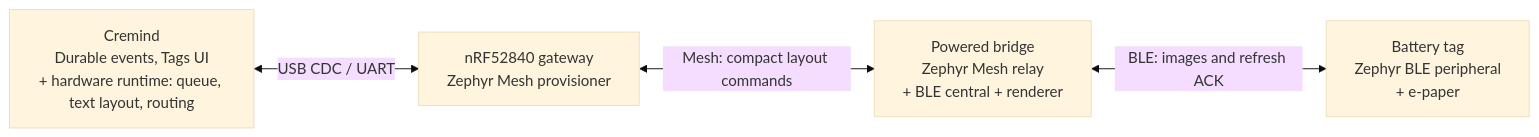
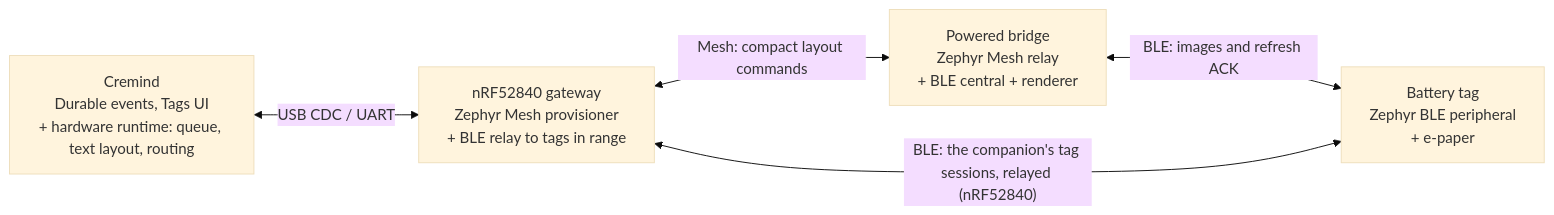
One commit to cremind-ai/cremind-tag changed the diagram in docs/architecture.md. Above: the diagram before and after it, drawn with Mermaid (base theme). The commit also changed other lines of this file and 46 other files, not shown here.

````diff
--- a/docs/architecture.md
+++ b/docs/architecture.md
@@ -3,11 +3,12 @@
 ```mermaid
 flowchart LR
     C["Cremind<br/>Durable events, Tags UI<br/>+ hardware runtime: queue, text layout, routing"]
-    G["nRF52840 gateway<br/>Zephyr Mesh provisioner"]
+    G["nRF52840 gateway<br/>Zephyr Mesh provisioner<br/>+ BLE relay to tags in range"]
     B["Powered bridge<br/>Zephyr Mesh relay<br/>+ BLE central + renderer"]
     T["Battery tag<br/>Zephyr BLE peripheral<br/>+ e-paper"]
 
     C <-->|"USB CDC / UART"| G
     G <-->|"Mesh: compact layout commands"| B
     B <-->|"BLE: images and refresh ACK"| T
+    G <-->|"BLE: the companion's tag sessions, relayed (nRF52840)"| T
 ```
````
